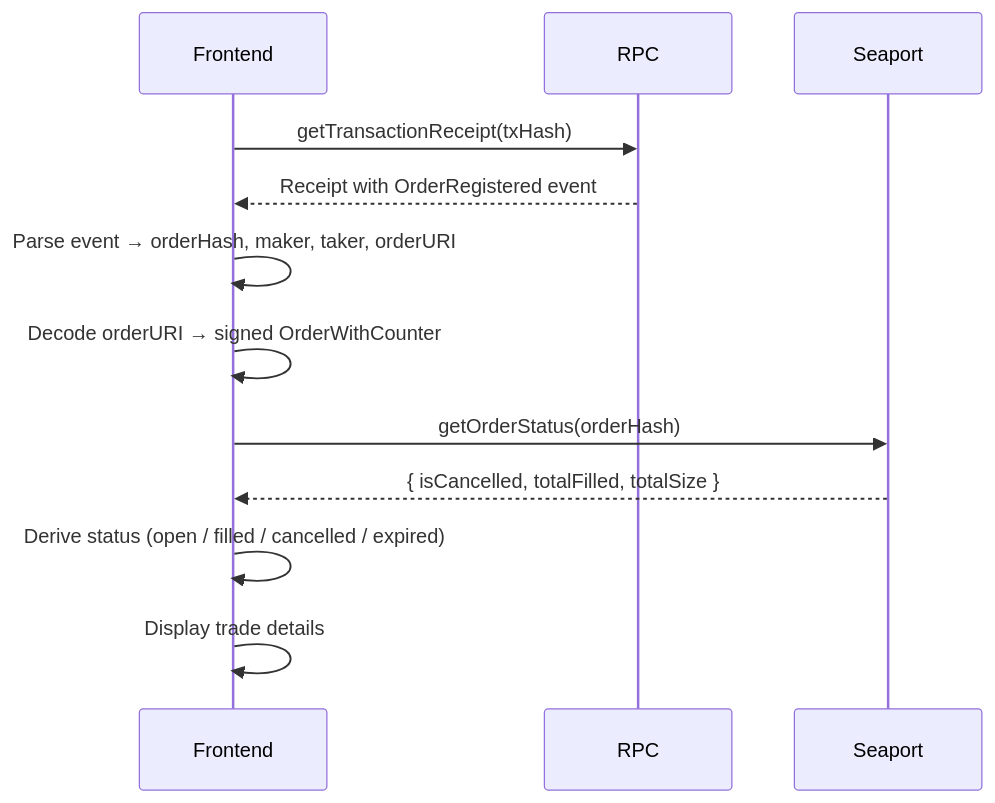
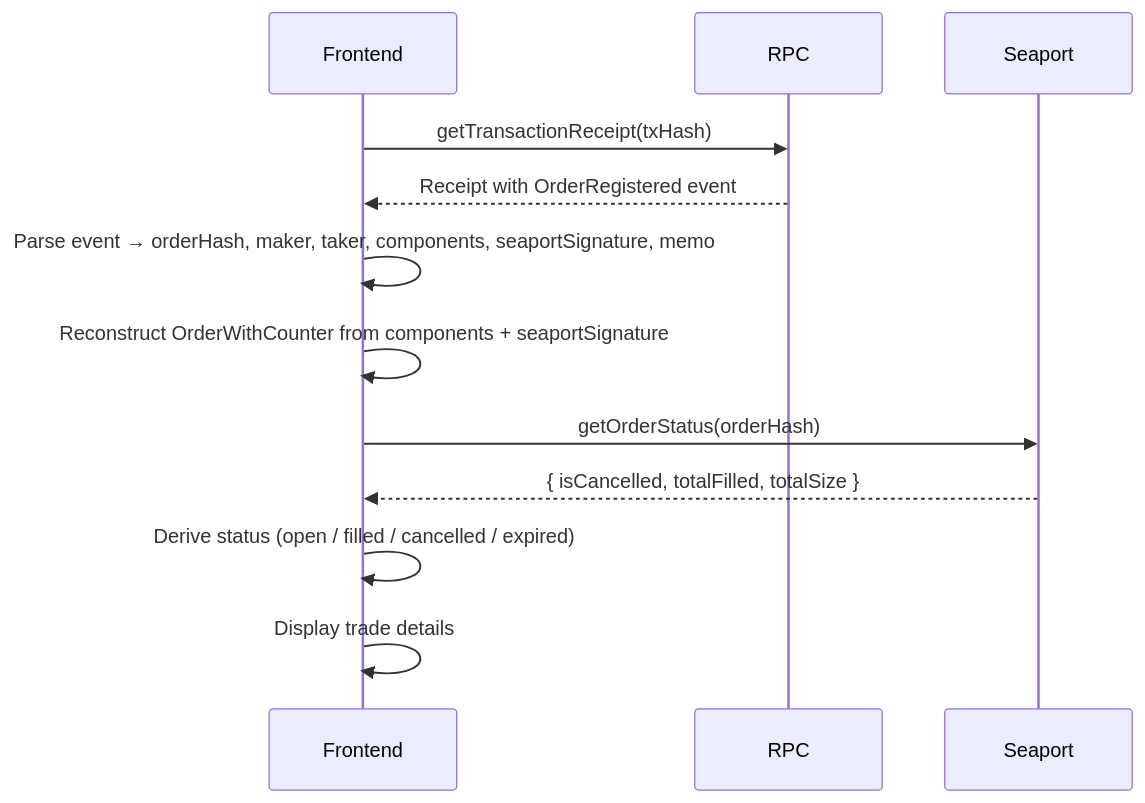
Before and after one commit to shukudaidayo/ocarina-trade: the second of 5 diagrams in docs/flows.md, drawn with Mermaid. The commit also changed other lines of this file and 13 other files, not shown here.

````diff
--- a/docs/flows.md
+++ b/docs/flows.md
@@ -36,18 +46,18 @@
 ```mermaid
 sequenceDiagram
     participant F as Frontend
     participant R as RPC
     participant S as Seaport
 
     F->>R: getTransactionReceipt(txHash)
     R-->>F: Receipt with OrderRegistered event
 
-    F->>F: Parse event → orderHash, maker, taker, orderURI
-    F->>F: Decode orderURI → signed OrderWithCounter
+    F->>F: Parse event → orderHash, maker, taker, components, seaportSignature, memo
+    F->>F: Reconstruct OrderWithCounter from components + seaportSignature
 
     F->>S: getOrderStatus(orderHash)
     S-->>F: { isCancelled, totalFilled, totalSize }
 
     F->>F: Derive status (open / filled / cancelled / expired)
     F->>F: Display trade details
 ```
````
